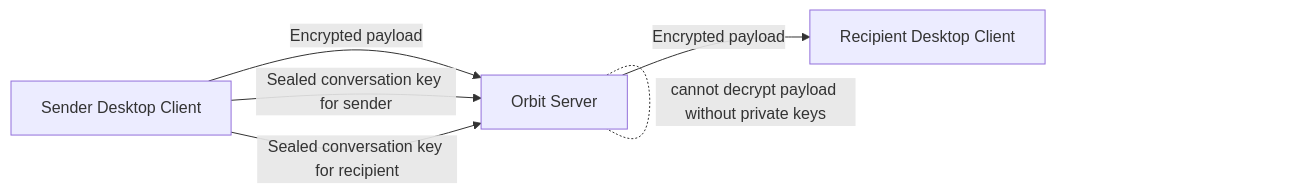
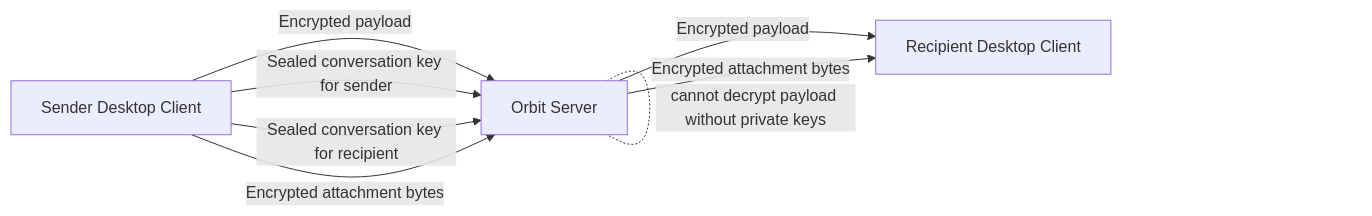
The first of 5 diagrams in README.md (orbit-chat/orbit-chat), drawn with Mermaid before and after one commit. The commit also changed other lines of this file, not shown here.

Commit message:
feat: enhance README with detailed media encryption flow and attachment handling process

````diff
--- a/README.md
+++ b/README.md
@@ -97,8 +124,10 @@
 ```mermaid
 flowchart LR
 	A[Sender Desktop Client] -->|Encrypted payload| B[Orbit Server]
 	B -->|Encrypted payload| C[Recipient Desktop Client]
 	A -->|Sealed conversation key for sender| B
 	A -->|Sealed conversation key for recipient| B
+	A -->|Encrypted attachment bytes| B
+	B -->|Encrypted attachment bytes| C
 	B -. cannot decrypt payload without private keys .- B
 ```
````
